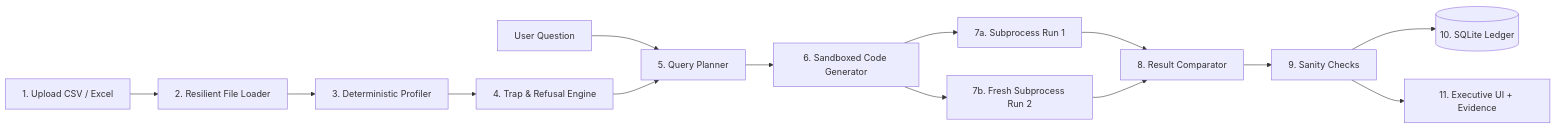
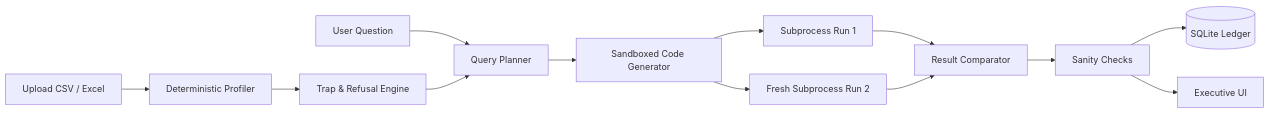
The diagram in README.md (Angels-22/proof-carrying-data-analyst), drawn with Mermaid before and after one commit. The commit also changed other lines of this file and 99 other files, not shown here.

````diff
--- a/README.md
+++ b/README.md
@@ -105,16 +41,15 @@
 ```mermaid
 graph LR
-    Upload[1. Upload CSV / Excel] --> Load[2. Resilient File Loader]
-    Load --> Profile[3. Deterministic Profiler]
-    Profile --> Trap[4. Trap & Refusal Engine]
-    Question[User Question] --> Plan[5. Query Planner]
+    Upload[Upload CSV / Excel] --> Profile[Deterministic Profiler]
+    Profile --> Trap[Trap & Refusal Engine]
+    Question[User Question] --> Plan[Query Planner]
     Trap --> Plan
-    Plan --> CodeGen[6. Sandboxed Code Generator]
-    CodeGen --> Exec1[7a. Subprocess Run 1]
-    CodeGen --> Exec2[7b. Fresh Subprocess Run 2]
-    Exec1 --> Compare[8. Result Comparator]
+    Plan --> CodeGen[Sandboxed Code Generator]
+    CodeGen --> Exec1[Subprocess Run 1]
+    CodeGen --> Exec2[Fresh Subprocess Run 2]
+    Exec1 --> Compare[Result Comparator]
     Exec2 --> Compare
-    Compare --> Sanity[9. Sanity Checks]
-    Sanity --> Ledger[(10. SQLite Ledger)]
-    Sanity --> UI[11. Executive UI + Evidence]
+    Compare --> Sanity[Sanity Checks]
+    Sanity --> Ledger[(SQLite Ledger)]
+    Sanity --> UI[Executive UI]
 ```
````
